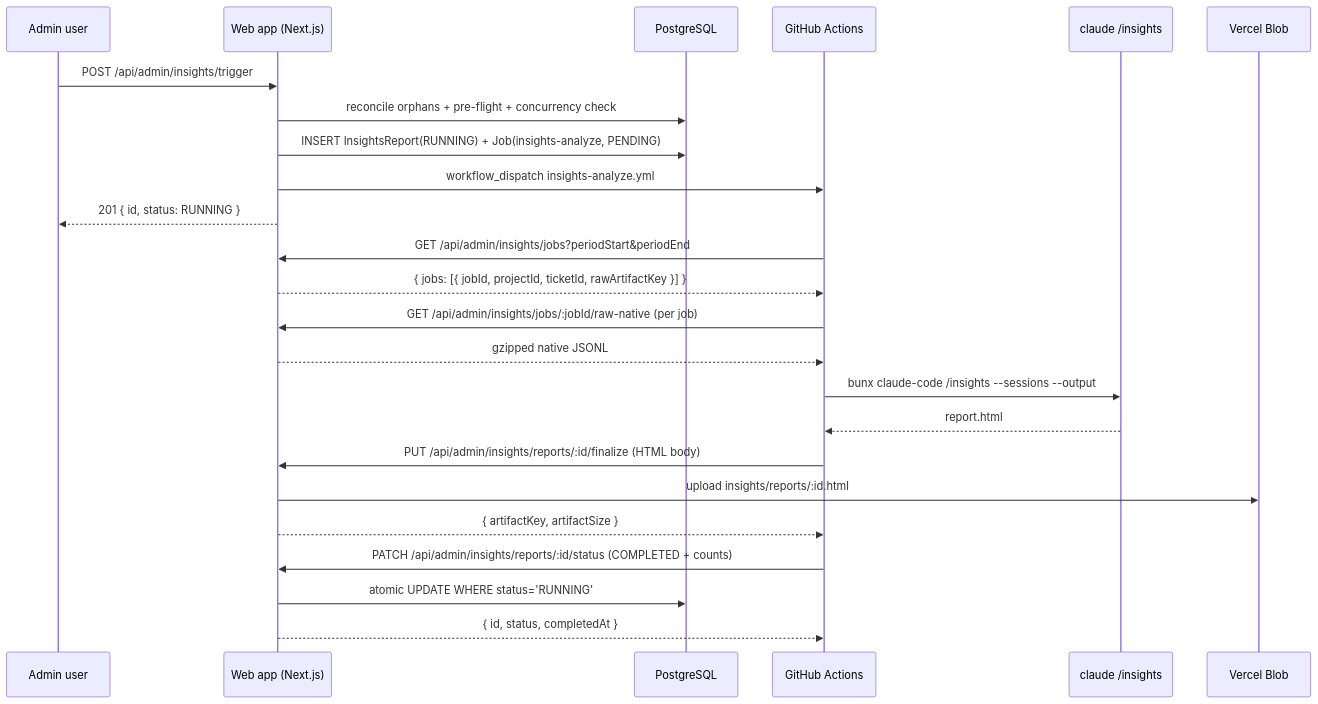
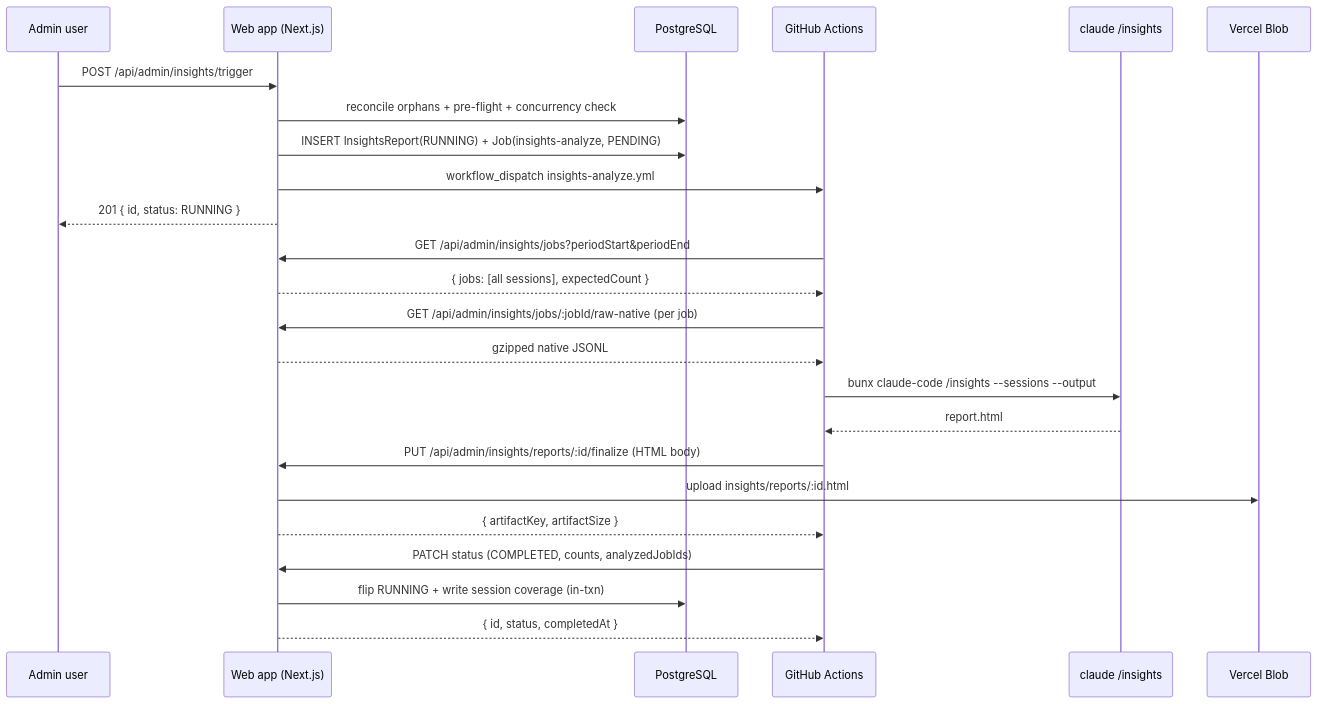
One commit to bfernandez31/ai-board changed the diagram in specs/specifications/technical/api/endpoints/admin-insights.md. Above: the diagram before and after it, drawn with Mermaid. The commit also changed other lines of this file and 5 other files, not shown here.

````diff
--- a/specs/specifications/technical/api/endpoints/admin-insights.md
+++ b/specs/specifications/technical/api/endpoints/admin-insights.md
@@ -360,28 +387,28 @@
 ```mermaid
 sequenceDiagram
     participant Admin as Admin user
     participant Web as Web app (Next.js)
     participant DB as PostgreSQL
     participant GH as GitHub Actions
     participant Claude as claude /insights
     participant Blob as Vercel Blob
 
     Admin->>Web: POST /api/admin/insights/trigger
     Web->>DB: reconcile orphans + pre-flight + concurrency check
     Web->>DB: INSERT InsightsReport(RUNNING) + Job(insights-analyze, PENDING)
     Web->>GH: workflow_dispatch insights-analyze.yml
     Web-->>Admin: 201 { id, status: RUNNING }
 
     GH->>Web: GET /api/admin/insights/jobs?periodStart&periodEnd
-    Web-->>GH: { jobs: [{ jobId, projectId, ticketId, rawArtifactKey }] }
+    Web-->>GH: { jobs: [all sessions], expectedCount }
     GH->>Web: GET /api/admin/insights/jobs/:jobId/raw-native (per job)
     Web-->>GH: gzipped native JSONL
     GH->>Claude: bunx claude-code /insights --sessions --output
     Claude-->>GH: report.html
     GH->>Web: PUT /api/admin/insights/reports/:id/finalize (HTML body)
     Web->>Blob: upload insights/reports/:id.html
     Web-->>GH: { artifactKey, artifactSize }
-    GH->>Web: PATCH /api/admin/insights/reports/:id/status (COMPLETED + counts)
-    Web->>DB: atomic UPDATE WHERE status='RUNNING'
+    GH->>Web: PATCH status (COMPLETED, counts, analyzedJobIds)
+    Web->>DB: flip RUNNING + write session coverage (in-txn)
     Web-->>GH: { id, status, completedAt }
 ```
````
